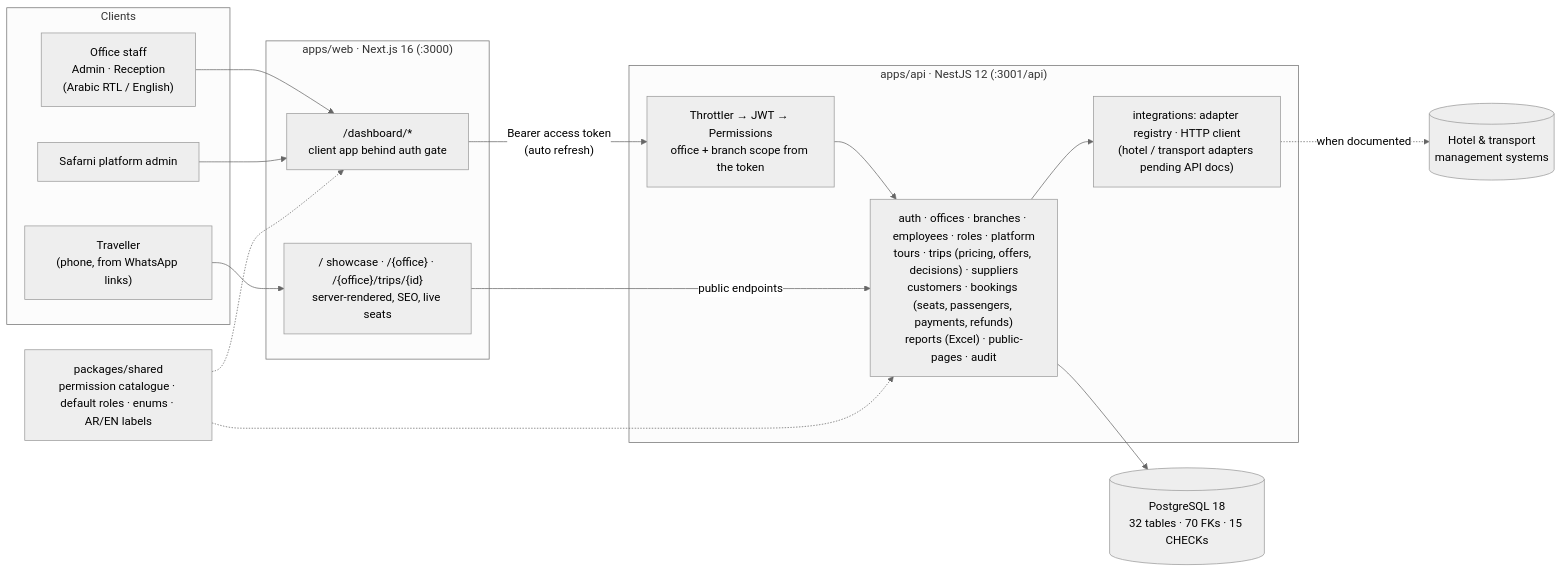
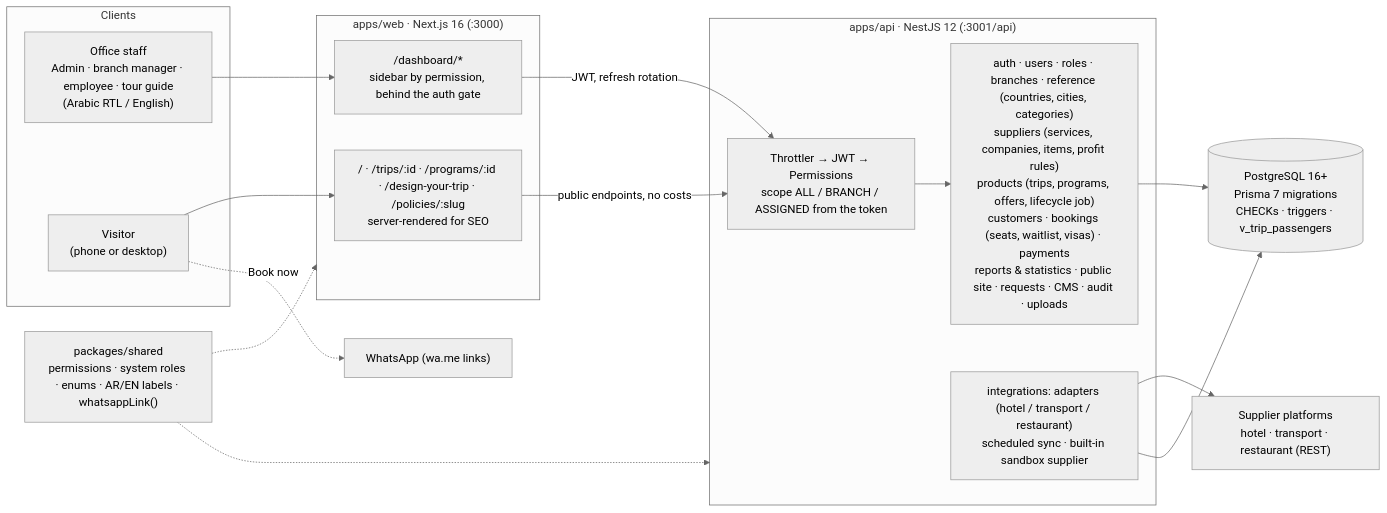
The diagram in docs/architecture/README.md (hasan123dayoub-del/TakeMeHigh), drawn with Mermaid (neutral theme) before and after one commit. The commit also changed other lines of this file and 19 other files, not shown here.

Commit message:
docs: TakeMeHigh architecture, database, API, integrations and open decisions; client install script; CI workflow; rename start script

````diff
--- a/docs/architecture/README.md
+++ b/docs/architecture/README.md
@@ -11,29 +13,35 @@
 ```mermaid
 flowchart LR
   subgraph Clients
-    Staff["Office staff<br/>Admin · Reception<br/>(Arabic RTL / English)"]
-    Visitor["Traveller<br/>(phone, from WhatsApp links)"]
-    Platform["Safarni platform admin"]
+    Staff["Office staff<br/>Admin · branch manager · employee · tour guide<br/>(Arabic RTL / English)"]
+    Visitor["Visitor<br/>(phone or desktop)"]
   end
 
   subgraph Web["apps/web · Next.js 16 (:3000)"]
-    Dash["/dashboard/*<br/>client app behind auth gate"]
-    Pub["/ showcase · /{office} · /{office}/trips/{id}<br/>server-rendered, SEO, live seats"]
+    Dash["/dashboard/*<br/>sidebar by permission, behind the auth gate"]
+    Pub["/ · /trips/:id · /programs/:id · /design-your-trip · /policies/:slug<br/>server-rendered for SEO"]
   end
 
   subgraph API["apps/api · NestJS 12 (:3001/api)"]
-    Guards["Throttler → JWT → Permissions<br/>office + branch scope from the token"]
-    Mods["auth · offices · branches · employees · roles · platform<br/>tours · trips (pricing, offers, decisions) · suppliers<br/>customers · bookings (seats, passengers, payments, refunds)<br/>reports (Excel) · public-pages · audit"]
-    Integr["integrations: adapter registry · HTTP client<br/>(hotel / transport adapters pending API docs)"]
+    Guards["Throttler → JWT → Permissions<br/>scope ALL / BRANCH / ASSIGNED from the token"]
+    Mods["auth · users · roles · branches · reference (countries, cities, categories)<br/>suppliers (services, companies, items, profit rules)<br/>products (trips, programs, offers, lifecycle job)<br/>customers · bookings (seats, waitlist, visas) · payments<br/>reports & statistics · public site · requests · CMS · audit · uploads"]
+    Integr["integrations: adapters (hotel / transport / restaurant)<br/>scheduled sync · built-in sandbox supplier"]
   end
 
-  Shared["packages/shared<br/>permission catalogue · default roles · enums · AR/EN labels"]
-  DB[("PostgreSQL 18<br/>32 tables · 70 FKs · 15 CHECKs")]
-  Ext[("Hotel & transport<br/>management systems")]
+  Shared["packages/shared<br/>permissions · system roles · enums · AR/EN labels · whatsappLink()"]
+  DB[("PostgreSQL 16+<br/>Prisma 7 migrations<br/>CHECKs · triggers · v_trip_passengers")]
+  Suppliers["Supplier platforms<br/>hotel · transport · restaurant (REST)"]
+  WA["WhatsApp (wa.me links)"]
 
-  Staff --> Dash -->|"Bearer access token<br/>(auto refresh)"| Guards --> Mods --> DB
-  Visitor --> Pub -->|public endpoints| Mods
-  Platform --> Dash
-  Mods --> Integr -.->|"when documented"| Ext
-  Shared -.-> Dash & Mods
+  Staff --> Dash
+  Visitor --> Pub
+  Visitor -. "Book now" .-> WA
+  Dash -->|"JWT, refresh rotation"| Guards
+  Pub -->|"public endpoints, no costs"| Guards
+  Guards --> Mods
+  Mods --> DB
+  Integr --> Suppliers
+  Integr --> DB
+  Shared -.-> Web
+  Shared -.-> API
 ```
````
